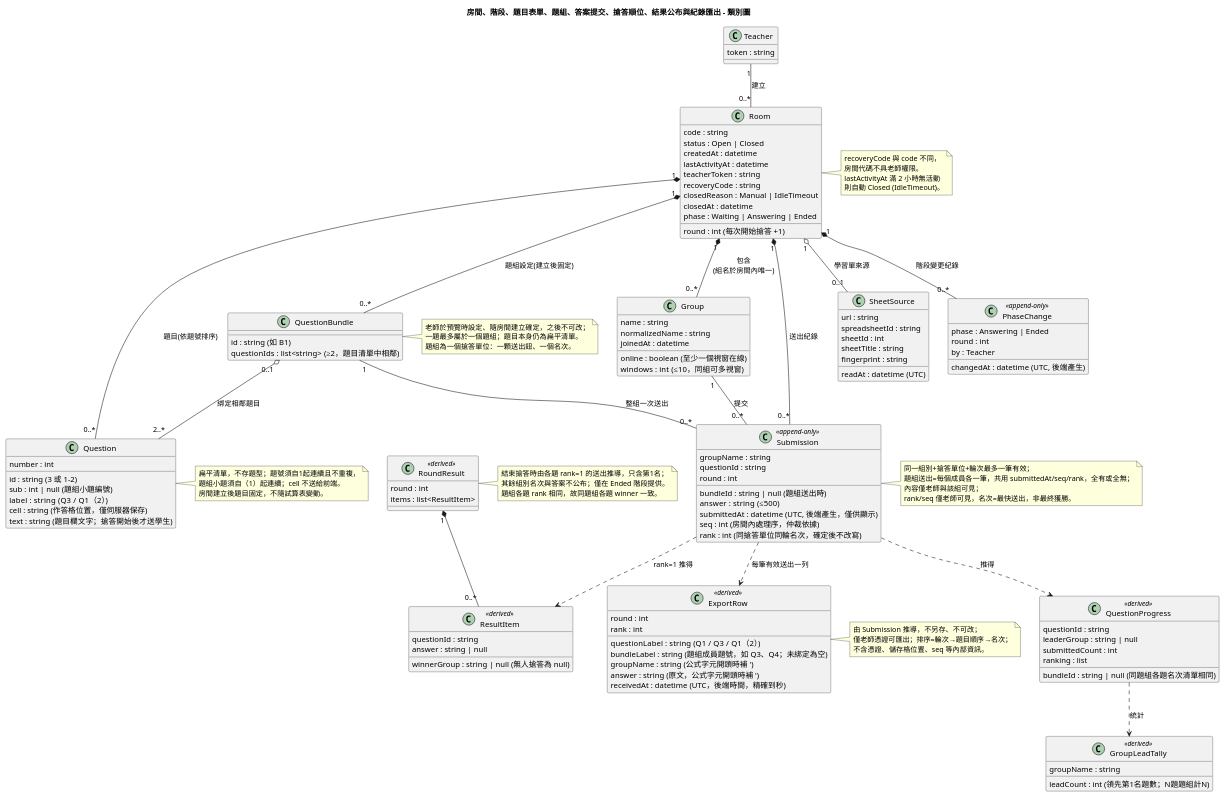
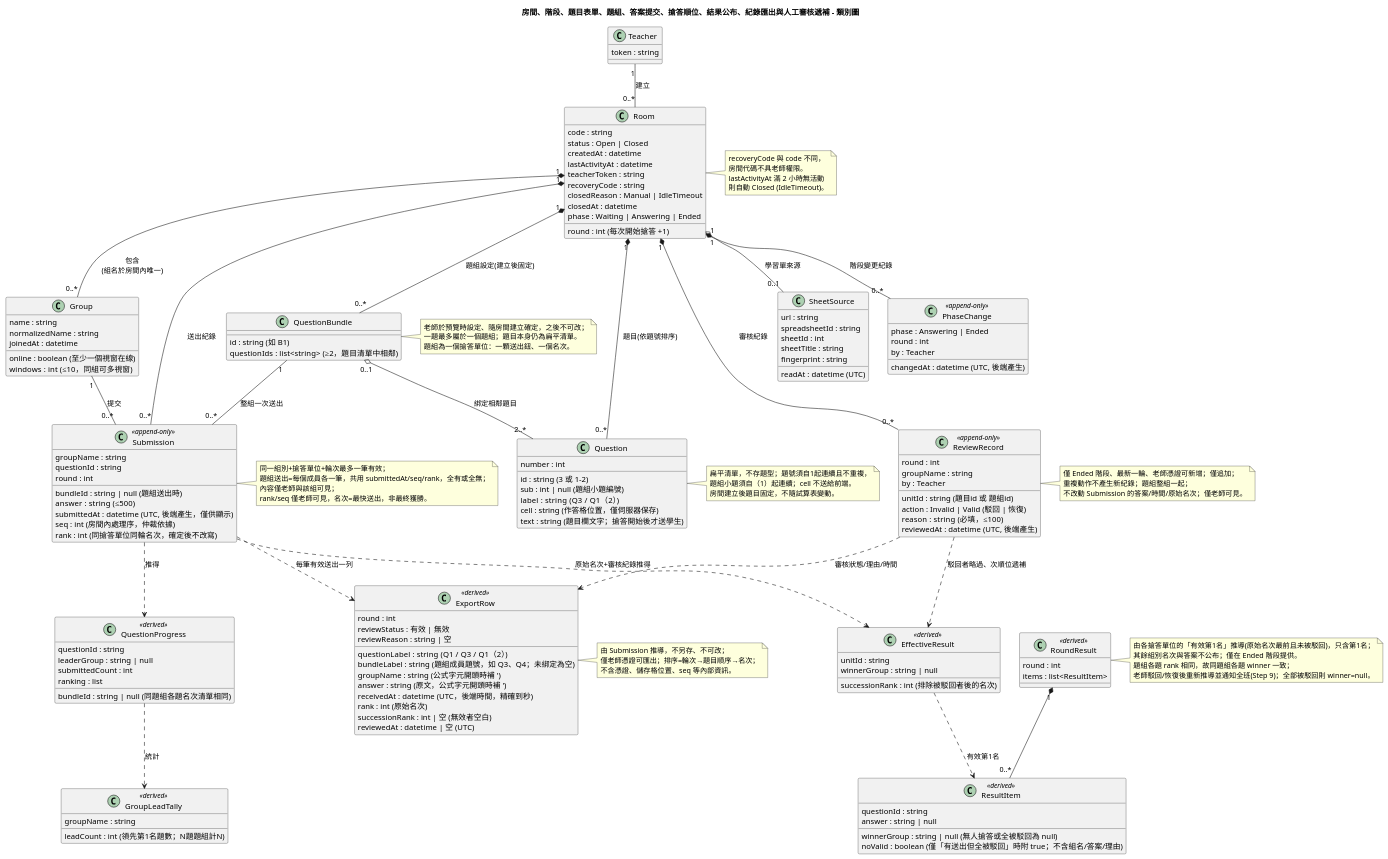
Before and after one commit to lin900822/ncu-se-final: the diagram in diagrams/class.puml, drawn with PlantUML. The commit also changed 42 other files, not shown here.

```diff
--- a/diagrams/class.puml
+++ b/diagrams/class.puml
@@ -1,137 +1,166 @@
 @startuml class
-title 房間、階段、題目表單、題組、答案提交、搶答順位、結果公布與紀錄匯出 - 類別圖
+title 房間、階段、題目表單、題組、答案提交、搶答順位、結果公布、紀錄匯出與人工審核遞補 - 類別圖
 class Room {
   code : string
   status : Open | Closed
   createdAt : datetime
   lastActivityAt : datetime
   teacherToken : string
   recoveryCode : string
   closedReason : Manual | IdleTimeout
   closedAt : datetime
   phase : Waiting | Answering | Ended
   round : int (每次開始搶答 +1)
 }
 class Question {
   id : string (3 或 1-2)
   number : int
   sub : int | null (題組小題編號)
   label : string (Q3 / Q1（2）)
   cell : string (作答格位置，僅伺服器保存)
   text : string (題目欄文字；搶答開始後才送學生)
 }
 class QuestionBundle {
   id : string (如 B1)
   questionIds : list<string> (≥2，題目清單中相鄰)
 }
 note right of QuestionBundle
   老師於預覽時設定、隨房間建立確定，之後不可改；
   一題最多屬於一個題組；題目本身仍為扁平清單。
   題組為一個搶答單位：一顆送出鈕、一個名次。
 end note
 class SheetSource {
   url : string
   spreadsheetId : string
   sheetId : int
   sheetTitle : string
   readAt : datetime (UTC)
   fingerprint : string
 }
 note right of Question
   扁平清單，不存題型；題號須自1起連續且不重複，
   題組小題須自（1）起連續；cell 不送給前端。
   房間建立後題目固定，不隨試算表變動。
 end note
 class Submission <<append-only>> {
   groupName : string
   questionId : string
   bundleId : string | null (題組送出時)
   round : int
   answer : string (≤500)
   submittedAt : datetime (UTC, 後端產生，僅供顯示)
   seq : int (房間內處理序，仲裁依據)
   rank : int (同搶答單位同輪名次，確定後不改寫)
 }
 note right of Submission
   同一組別+搶答單位+輪次最多一筆有效；
   題組送出=每個成員各一筆，共用 submittedAt/seq/rank，全有或全無；
   內容僅老師與該組可見；
   rank/seq 僅老師可見，名次=最快送出，非最終獲勝。
 end note
 class QuestionProgress <<derived>> {
   questionId : string
   bundleId : string | null (同題組各題名次清單相同)
   leaderGroup : string | null
   submittedCount : int
   ranking : list
 }
 class GroupLeadTally <<derived>> {
   groupName : string
   leadCount : int (領先第1名題數；N題題組計N)
 }
 class RoundResult <<derived>> {
   round : int
   items : list<ResultItem>
 }
 class ResultItem <<derived>> {
   questionId : string
-  winnerGroup : string | null (無人搶答為 null)
+  winnerGroup : string | null (無人搶答或全被駁回為 null)
+  noValid : boolean (僅「有送出但全被駁回」時附 true；不含組名/答案/理由)
   answer : string | null
 }
 note right of RoundResult
-  結束搶答時由各題 rank=1 的送出推導，只含第1名；
+  由各搶答單位的「有效第1名」推導(原始名次最前且未被駁回)，只含第1名；
   其餘組別名次與答案不公布；僅在 Ended 階段提供。
-  題組各題 rank 相同，故同題組各題 winner 一致。
+  題組各題 rank 相同，故同題組各題 winner 一致；
+  老師駁回/恢復後重新推導並通知全班(Step 9)；全部被駁回則 winner=null。
 end note
+class ReviewRecord <<append-only>> {
+  round : int
+  unitId : string (題目id 或 題組id)
+  groupName : string
+  action : Invalid | Valid (駁回 | 恢復)
+  reason : string (必填，≤100)
+  by : Teacher
+  reviewedAt : datetime (UTC, 後端產生)
+}
+note right of ReviewRecord
+  僅 Ended 階段、最新一輪、老師憑證可新增；僅追加；
+  重複動作不產生新紀錄；題組整組一起；
+  不改動 Submission 的答案/時間/原始名次；僅老師可見。
+end note
+class EffectiveResult <<derived>> {
+  unitId : string
+  winnerGroup : string | null
+  successionRank : int (排除被駁回者後的名次)
+}
 class ExportRow <<derived>> {
   round : int
   questionLabel : string (Q1 / Q3 / Q1（2）)
   bundleLabel : string (題組成員題號，如 Q3、Q4；未綁定為空)
   groupName : string (公式字元開頭時補 ')
   answer : string (原文，公式字元開頭時補 ')
   receivedAt : datetime (UTC，後端時間，精確到秒)
-  rank : int
+  rank : int (原始名次)
+  reviewStatus : 有效 | 無效
+  successionRank : int | 空 (無效者空白)
+  reviewReason : string | 空
+  reviewedAt : datetime | 空 (UTC)
 }
 note right of ExportRow
   由 Submission 推導，不另存、不可改；
   僅老師憑證可匯出；排序=輪次→題目順序→名次；
   不含憑證、儲存格位置、seq 等內部資訊。
 end note
 class PhaseChange <<append-only>> {
   phase : Answering | Ended
   round : int
   by : Teacher
   changedAt : datetime (UTC, 後端產生)
 }
 class Group {
   name : string
   normalizedName : string
   online : boolean (至少一個視窗在線)
   windows : int (≤10，同組可多視窗)
   joinedAt : datetime
 }
 class Teacher {
   token : string
 }
 note right of Room
   recoveryCode 與 code 不同，
   房間代碼不具老師權限。
   lastActivityAt 滿 2 小時無活動
   則自動 Closed (IdleTimeout)。
 end note
 Teacher "1" -- "0..*" Room : 建立
 Room "1" *-- "0..*" PhaseChange : 階段變更紀錄
 Room "1" *-- "0..*" Submission : 送出紀錄
 Group "1" -- "0..*" Submission : 提交
 Submission ..> QuestionProgress : 推得
 Submission ..> ExportRow : 每筆有效送出一列
-Submission ..> ResultItem : rank=1 推得
+Submission ..> EffectiveResult : 原始名次+審核紀錄推得
+ReviewRecord ..> EffectiveResult : 駁回者略過、次順位遞補
+EffectiveResult ..> ResultItem : 有效第1名
+ReviewRecord ..> ExportRow : 審核狀態/理由/時間
+Room "1" *-- "0..*" ReviewRecord : 審核紀錄
 RoundResult "1" *-- "0..*" ResultItem
 QuestionProgress ..> GroupLeadTally : 統計
 Room "1" *-- "0..*" Question : 題目(依題號排序)
 Room "1" o-- "0..1" SheetSource : 學習單來源
 Room "1" *-- "0..*" QuestionBundle : 題組設定(建立後固定)
 QuestionBundle "0..1" o-- "2..*" Question : 綁定相鄰題目
 QuestionBundle "1" -- "0..*" Submission : 整組一次送出
 Room "1" *-- "0..*" Group : 包含\n(組名於房間內唯一)
 @enduml
```
